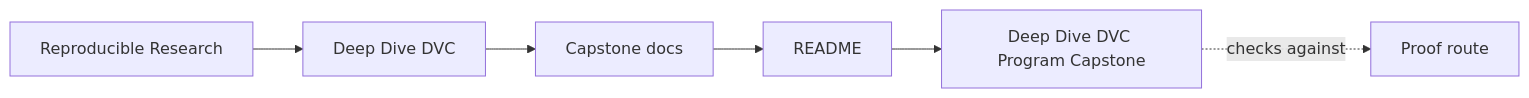
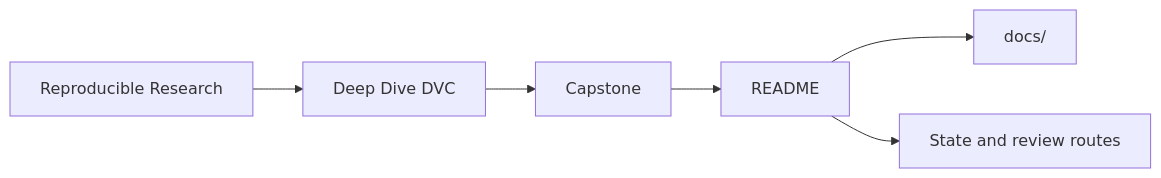
Before and after one commit to bijux/bijux-masterclass: the first of 2 diagrams in programs/reproducible-research/deep-dive-dvc/capstone/README.md, drawn with Mermaid. The commit also changed other lines of this file, not shown here.

Commit message:
docs(deep-dive-dvc): make capstone root question-first

````diff
--- a/programs/reproducible-research/deep-dive-dvc/capstone/README.md
+++ b/programs/reproducible-research/deep-dive-dvc/capstone/README.md
@@ -7,12 +6,8 @@
 ```mermaid
 graph LR
-  family["Reproducible Research"]
-  program["Deep Dive DVC"]
-  guide["Capstone docs"]
-  section["README"]
-  page["Deep Dive DVC Program Capstone"]
-  proof["Proof route"]
-
-  family --> program --> guide --> section --> page
-  page -.checks against.-> proof
+  family["Reproducible Research"] --> program["Deep Dive DVC"]
+  program --> capstone["Capstone"]
+  capstone --> readme["README"]
+  readme --> docs["docs/"]
+  readme --> proof["State and review routes"]
 ```
````
